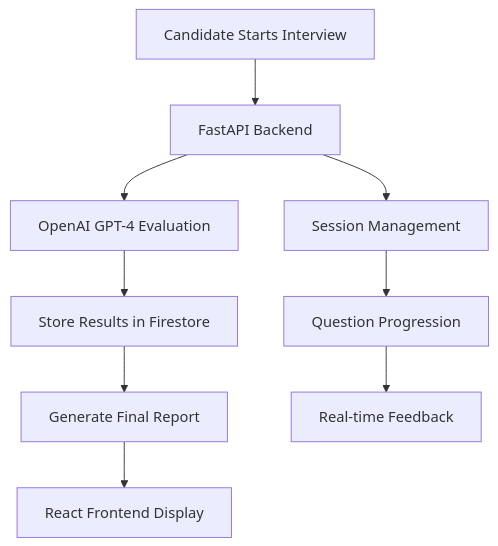
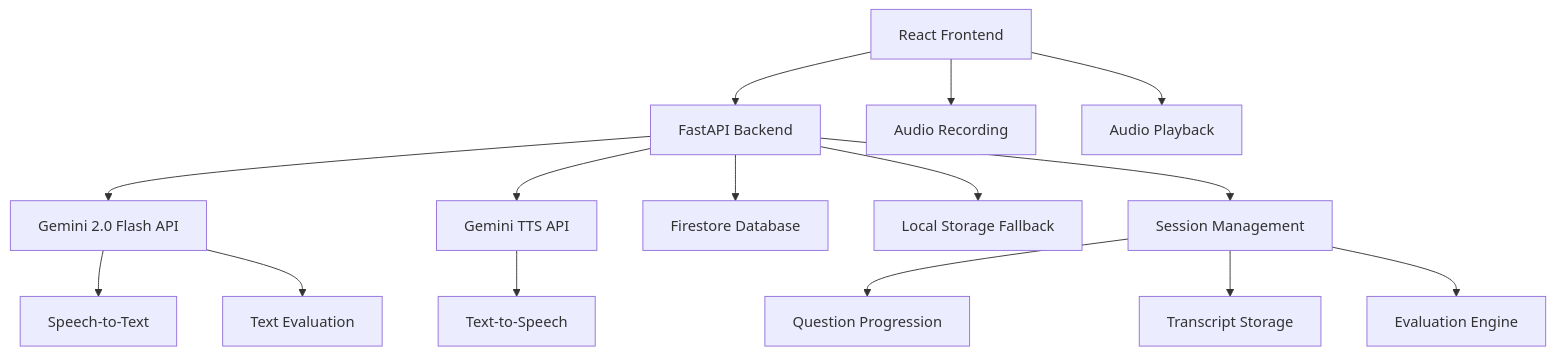
Before and after one commit to HarshAbhayChaudhari/AI-Interview: the first of 3 diagrams in README.md, drawn with Mermaid. The commit also changed other lines of this file, not shown here.

Commit message:
Updated readme with latest architecture | Harsh

````diff
--- a/README.md
+++ b/README.md
@@ -69,12 +60,20 @@
 ```mermaid
 graph TD
-    A[Candidate Starts Interview] --> B[FastAPI Backend]
-    B --> C[OpenAI GPT-4 Evaluation]
-    C --> D[Store Results in Firestore]
-    D --> E[Generate Final Report]
-    E --> F[React Frontend Display]
+    A[React Frontend] --> B[FastAPI Backend]
+    B --> C[Gemini 2.0 Flash API]
+    B --> D[Gemini TTS API]
+    B --> E[Firestore Database]
+    B --> F[Local Storage Fallback]
     
-    B --> G[Session Management]
-    G --> H[Question Progression]
-    H --> I[Real-time Feedback]
+    C --> G[Speech-to-Text]
+    C --> H[Text Evaluation]
+    D --> I[Text-to-Speech]
+    
+    A --> J[Audio Recording]
+    A --> K[Audio Playback]
+    
+    B --> L[Session Management]
+    L --> M[Question Progression]
+    L --> N[Transcript Storage]
+    L --> O[Evaluation Engine]
 ```
````
